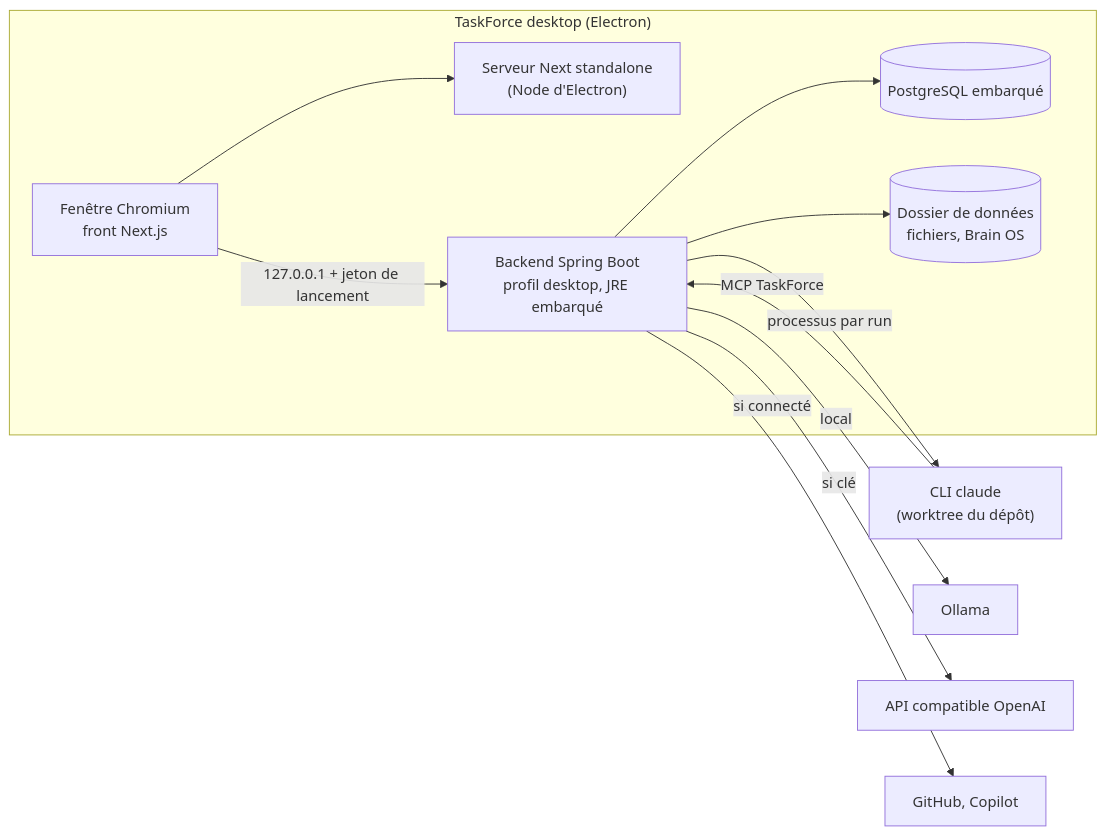
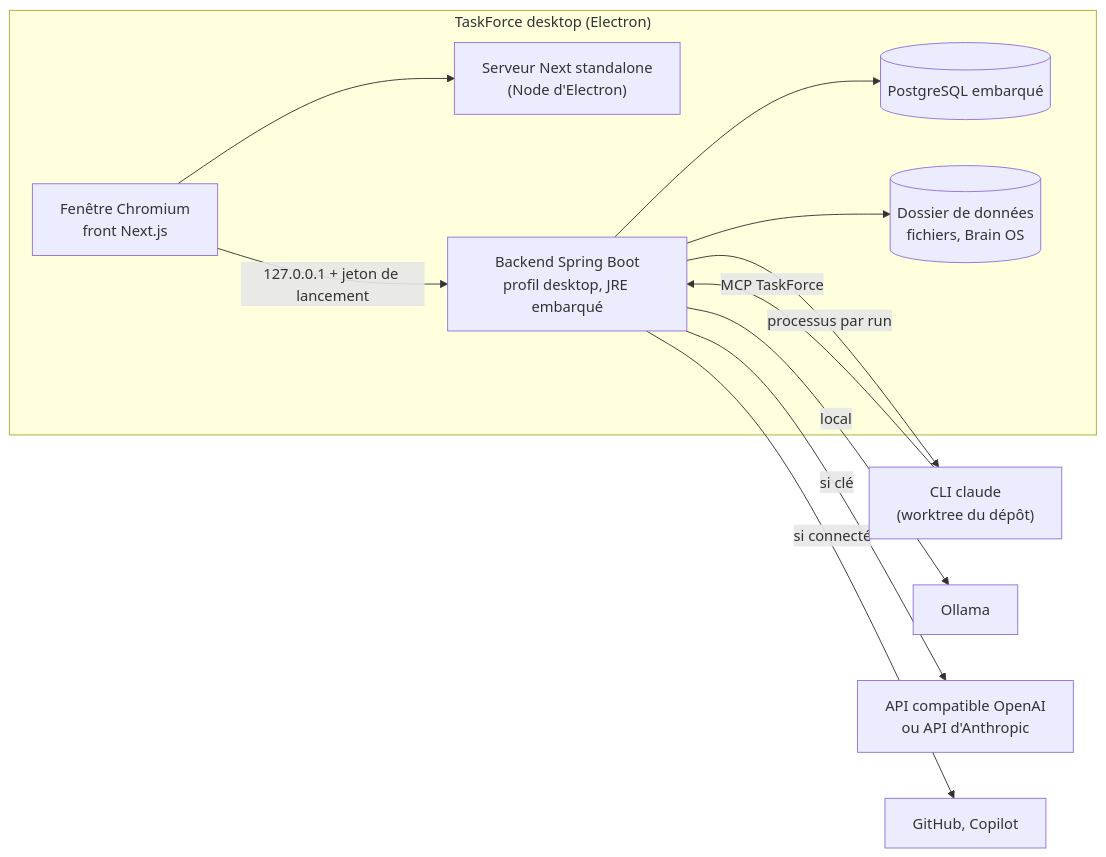
The diagram in v1/03-architecture/Specification_App_Desktop.md (taskforce-project/taskforce-docs), drawn with Mermaid before and after one commit. The commit also changed other lines of this file and 3 other files, not shown here.

````diff
--- a/v1/03-architecture/Specification_App_Desktop.md
+++ b/v1/03-architecture/Specification_App_Desktop.md
@@ -119,19 +119,19 @@
 ```mermaid
 flowchart LR
   subgraph App["TaskForce desktop (Electron)"]
     UI["Fenêtre Chromium<br/>front Next.js"]
     NX["Serveur Next standalone<br/>(Node d'Electron)"]
     BE["Backend Spring Boot<br/>profil desktop, JRE embarqué"]
     DB[("PostgreSQL embarqué")]
     FS[("Dossier de données<br/>fichiers, Brain OS")]
   end
   UI --> NX
   UI -->|"127.0.0.1 + jeton de lancement"| BE
   BE --> DB
   BE --> FS
   BE -->|"processus par run"| CC["CLI claude<br/>(worktree du dépôt)"]
   CC -->|"MCP TaskForce"| BE
   BE -->|"local"| OL["Ollama"]
-  BE -->|"si clé"| API["API compatible OpenAI"]
+  BE -->|"si clé"| API["API compatible OpenAI<br/>ou API d'Anthropic"]
   BE -->|"si connecté"| GH["GitHub, Copilot"]
 ```
````
